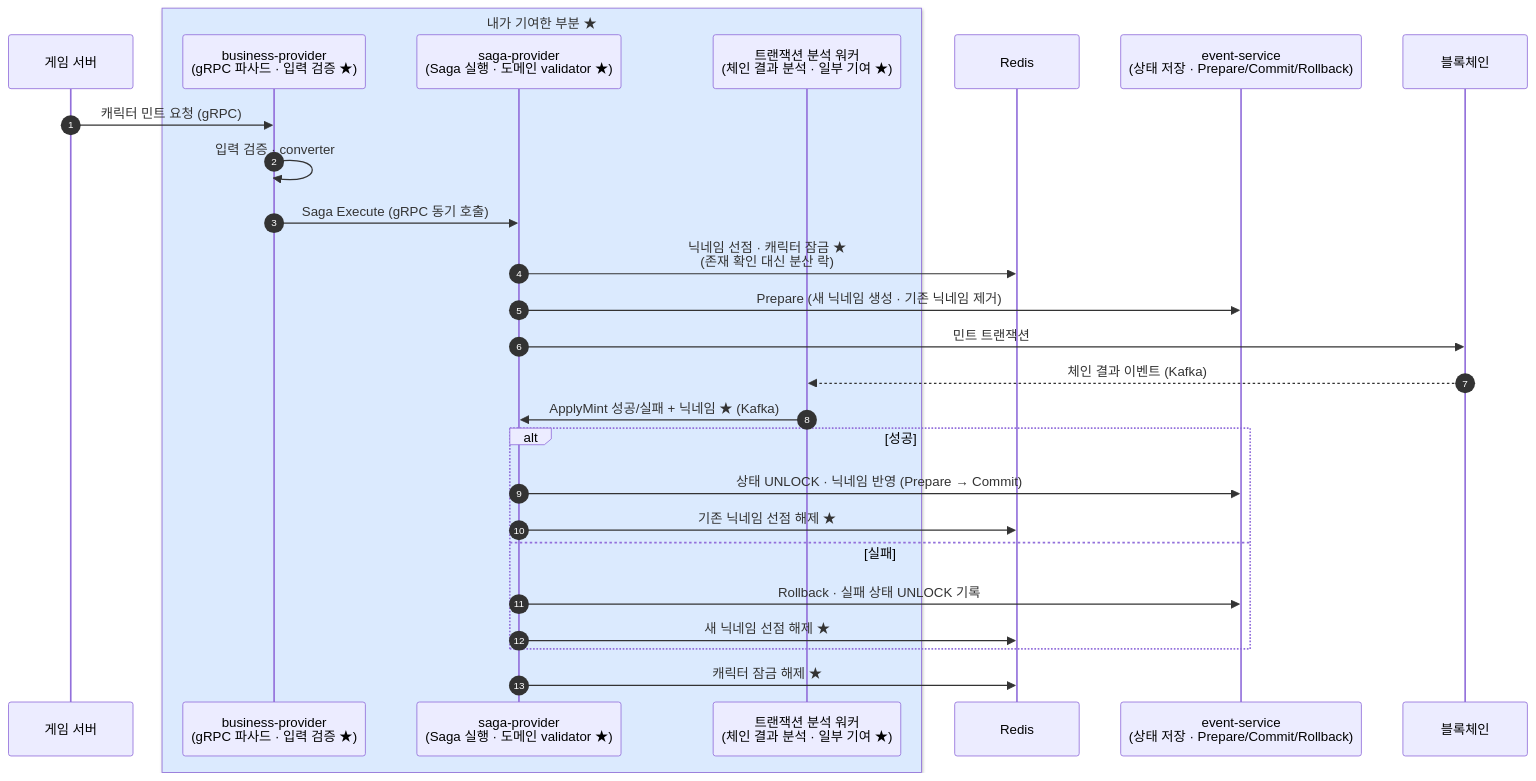
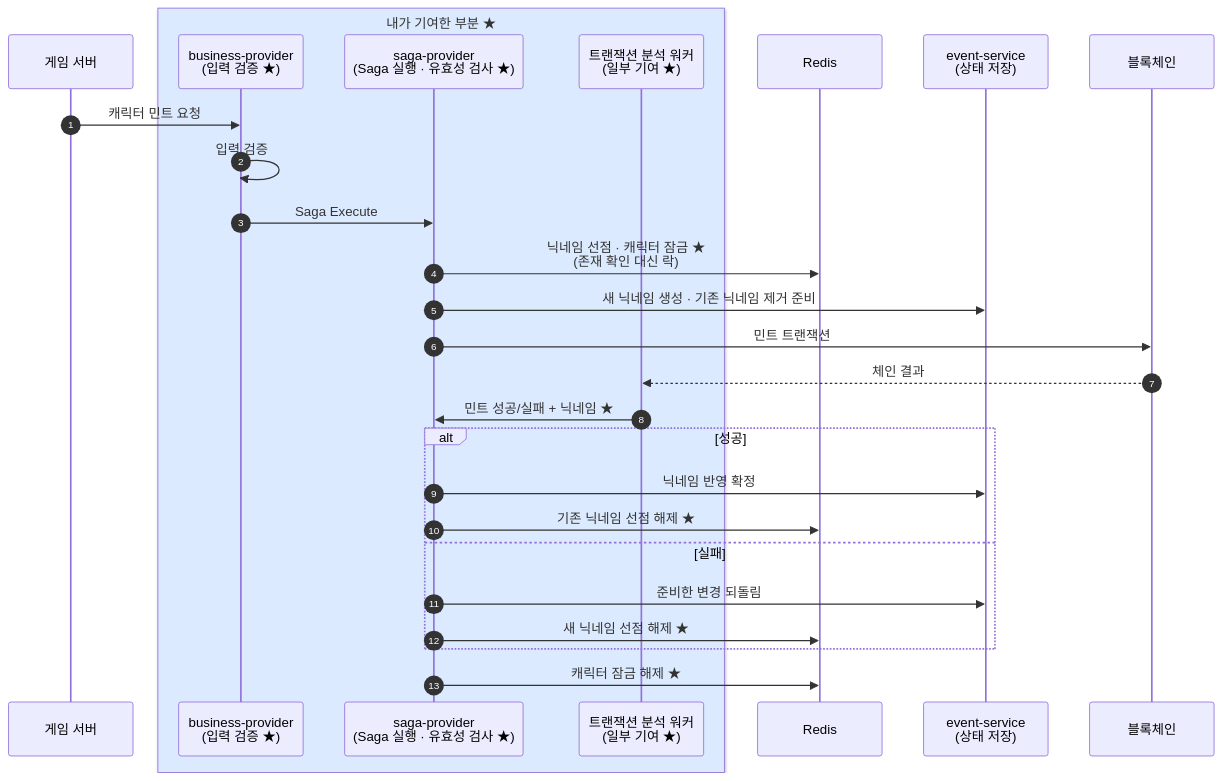
The diagram in content/diagrams/saga.mmd (shalwxy/career), drawn with Mermaid before and after one commit. The commit also changed 27 other files, not shown here.

```diff
--- a/content/diagrams/saga.mmd
+++ b/content/diagrams/saga.mmd
@@ -1,29 +1,29 @@
 %% title: DE — Saga 실행과 캐릭터 민트·닉네임 선점 (2024-04 기준)
 %% title_en: DE — Saga execution, character mint & nickname pre-emption (as of 2024-04)
 sequenceDiagram
     autonumber
     participant G as 게임 서버
     box rgb(219,234,254) 내가 기여한 부분 ★
-    participant BP as business-provider<br/>(gRPC 파사드 · 입력 검증 ★)
-    participant S as saga-provider<br/>(Saga 실행 · 도메인 validator ★)
-    participant A as 트랜잭션 분석 워커<br/>(체인 결과 분석 · 일부 기여 ★)
+    participant BP as business-provider<br/>(입력 검증 ★)
+    participant S as saga-provider<br/>(Saga 실행 · 유효성 검사 ★)
+    participant A as 트랜잭션 분석 워커<br/>(일부 기여 ★)
     end
     participant R as Redis
-    participant E as event-service<br/>(상태 저장 · Prepare/Commit/Rollback)
+    participant E as event-service<br/>(상태 저장)
     participant BC as 블록체인
-    G->>BP: 캐릭터 민트 요청 (gRPC)
-    BP->>BP: 입력 검증 · converter
-    BP->>S: Saga Execute (gRPC 동기 호출)
-    S->>R: 닉네임 선점 · 캐릭터 잠금 ★<br/>(존재 확인 대신 분산 락)
-    S->>E: Prepare (새 닉네임 생성 · 기존 닉네임 제거)
+    G->>BP: 캐릭터 민트 요청
+    BP->>BP: 입력 검증
+    BP->>S: Saga Execute
+    S->>R: 닉네임 선점 · 캐릭터 잠금 ★<br/>(존재 확인 대신 락)
+    S->>E: 새 닉네임 생성 · 기존 닉네임 제거 준비
     S->>BC: 민트 트랜잭션
-    BC-->>A: 체인 결과 이벤트 (Kafka)
-    A->>S: ApplyMint 성공/실패 + 닉네임 ★ (Kafka)
+    BC-->>A: 체인 결과
+    A->>S: 민트 성공/실패 + 닉네임 ★
     alt 성공
-        S->>E: 상태 UNLOCK · 닉네임 반영 (Prepare → Commit)
+        S->>E: 닉네임 반영 확정
         S->>R: 기존 닉네임 선점 해제 ★
     else 실패
-        S->>E: Rollback · 실패 상태 UNLOCK 기록
+        S->>E: 준비한 변경 되돌림
         S->>R: 새 닉네임 선점 해제 ★
     end
     S->>R: 캐릭터 잠금 해제 ★
```
